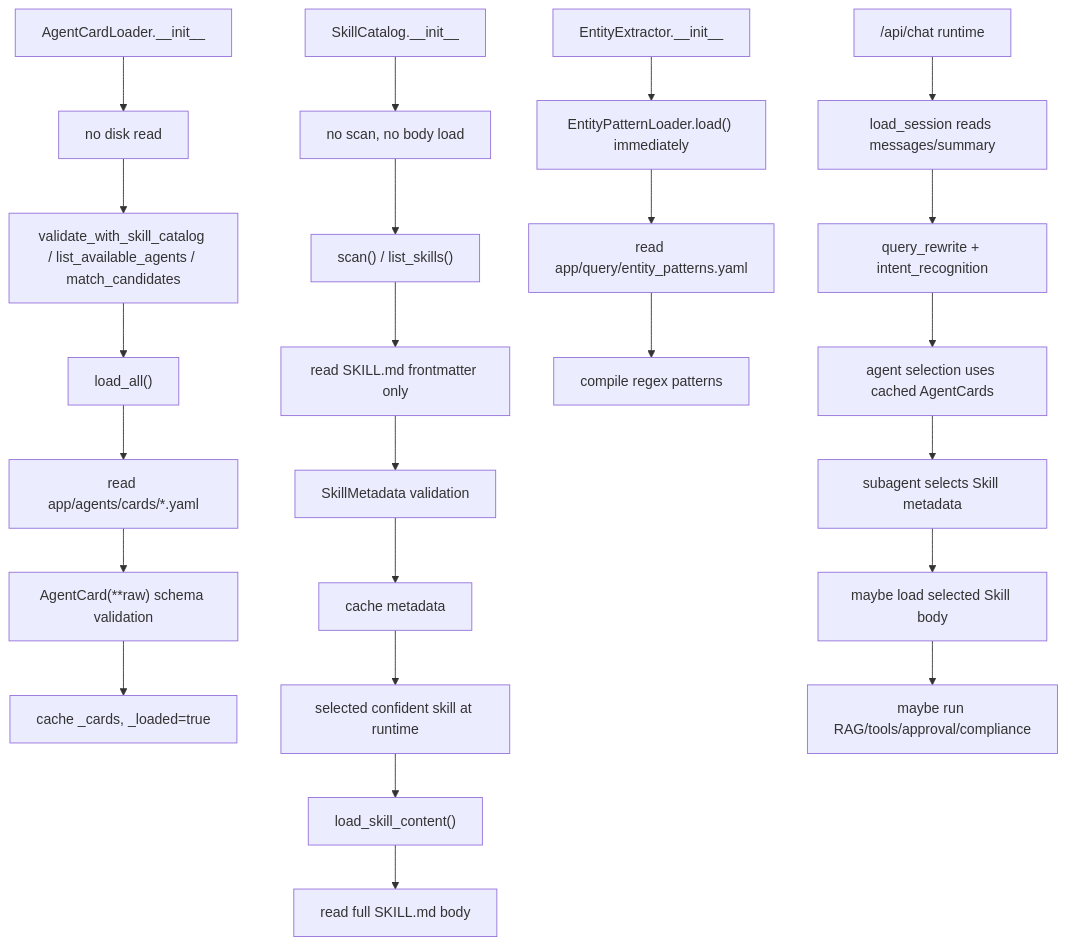
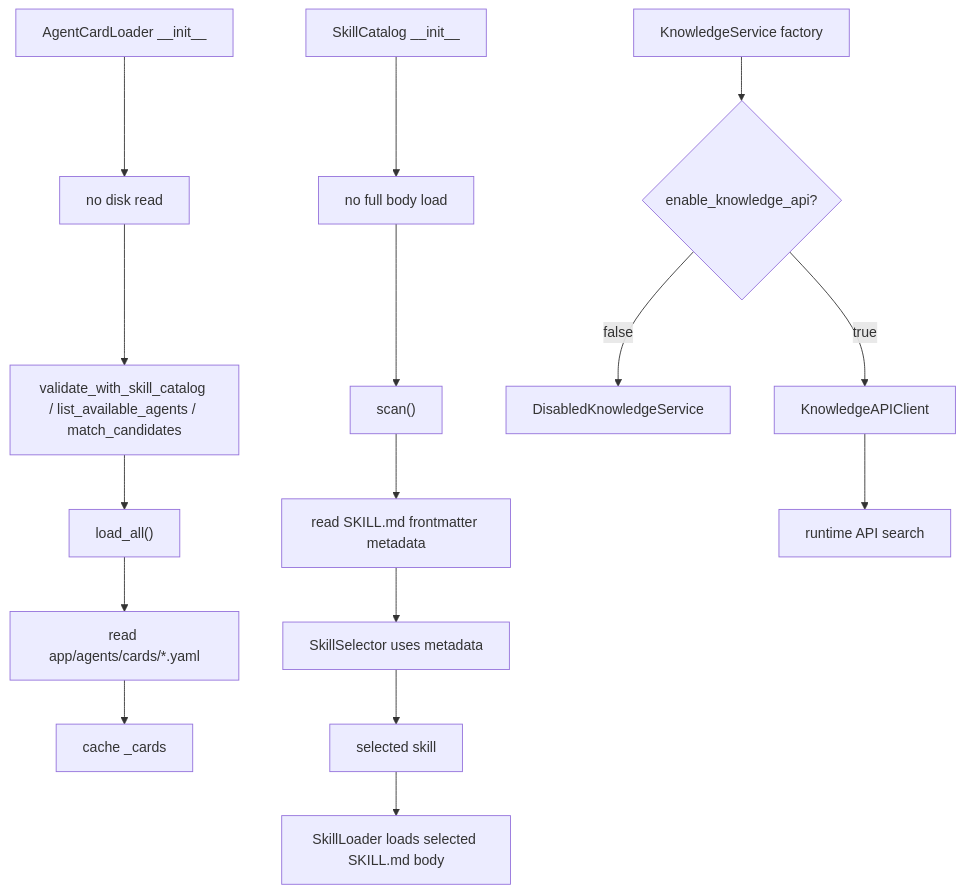
Before and after one commit to Ygj11/multi-agent: the second of 2 diagrams in agent-development/docs/Initialization Loading.md, drawn with Mermaid. The commit also changed other lines of this file and 55 other files, not shown here.

````diff
--- a/agent-development/docs/Initialization Loading.md
+++ b/agent-development/docs/Initialization Loading.md
@@ -394,29 +267,20 @@
 ```mermaid
 flowchart TD
-    A["AgentCardLoader.__init__"] --> A1["no disk read"]
-    A1 --> A2["validate_with_skill_catalog / list_available_agents / match_candidates"]
-    A2 --> A3["load_all()"]
-    A3 --> A4["read app/agents/cards/*.yaml"]
-    A4 --> A5["AgentCard(**raw) schema validation"]
-    A5 --> A6["cache _cards, _loaded=true"]
+    A["AgentCardLoader __init__"] --> B["no disk read"]
+    B --> C["validate_with_skill_catalog / list_available_agents / match_candidates"]
+    C --> D["load_all()"]
+    D --> E["read app/agents/cards/*.yaml"]
+    E --> F["cache _cards"]
 
-    B["SkillCatalog.__init__"] --> B1["no scan, no body load"]
-    B1 --> B2["scan() / list_skills()"]
-    B2 --> B3["read SKILL.md frontmatter only"]
-    B3 --> B4["SkillMetadata validation"]
-    B4 --> B5["cache metadata"]
-    B5 --> B6["selected confident skill at runtime"]
-    B6 --> B7["load_skill_content()"]
-    B7 --> B8["read full SKILL.md body"]
+    G["SkillCatalog __init__"] --> H["no full body load"]
+    H --> I["scan()"]
+    I --> J["read SKILL.md frontmatter metadata"]
+    J --> K["SkillSelector uses metadata"]
+    K --> L["selected skill"]
+    L --> M["SkillLoader loads selected SKILL.md body"]
 
-    C["EntityExtractor.__init__"] --> C1["EntityPatternLoader.load() immediately"]
-    C1 --> C2["read app/query/entity_patterns.yaml"]
-    C2 --> C3["compile regex patterns"]
-
-    D["/api/chat runtime"] --> D1["load_session reads messages/summary"]
-    D1 --> D2["query_rewrite + intent_recognition"]
-    D2 --> D3["agent selection uses cached AgentCards"]
-    D3 --> D4["subagent selects Skill metadata"]
-    D4 --> D5["maybe load selected Skill body"]
-    D5 --> D6["maybe run RAG/tools/approval/compliance"]
+    N["KnowledgeService factory"] --> O{"enable_knowledge_api?"}
+    O -- "false" --> P["DisabledKnowledgeService"]
+    O -- "true" --> Q["KnowledgeAPIClient"]
+    Q --> R["runtime API search"]
 ```
````
